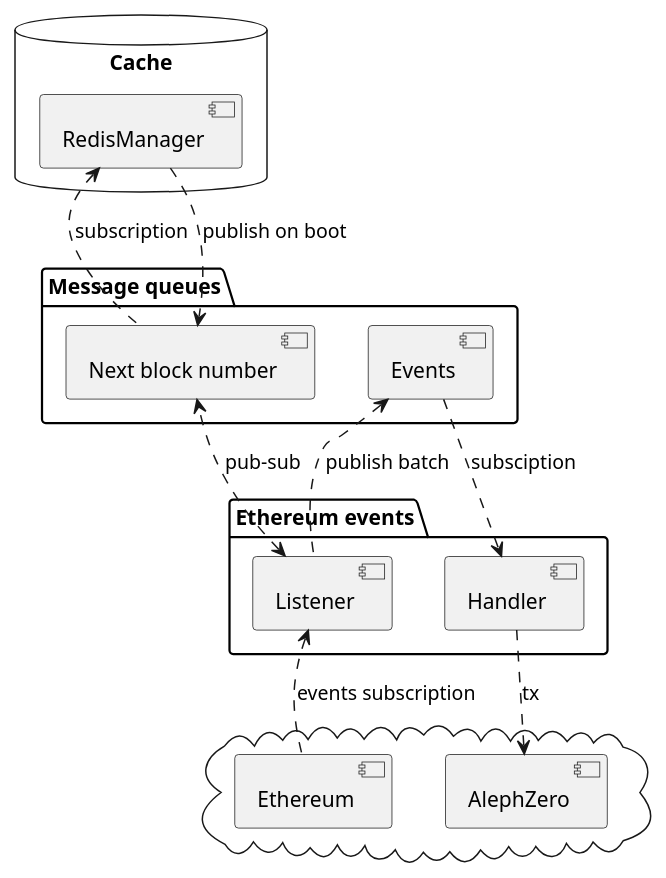
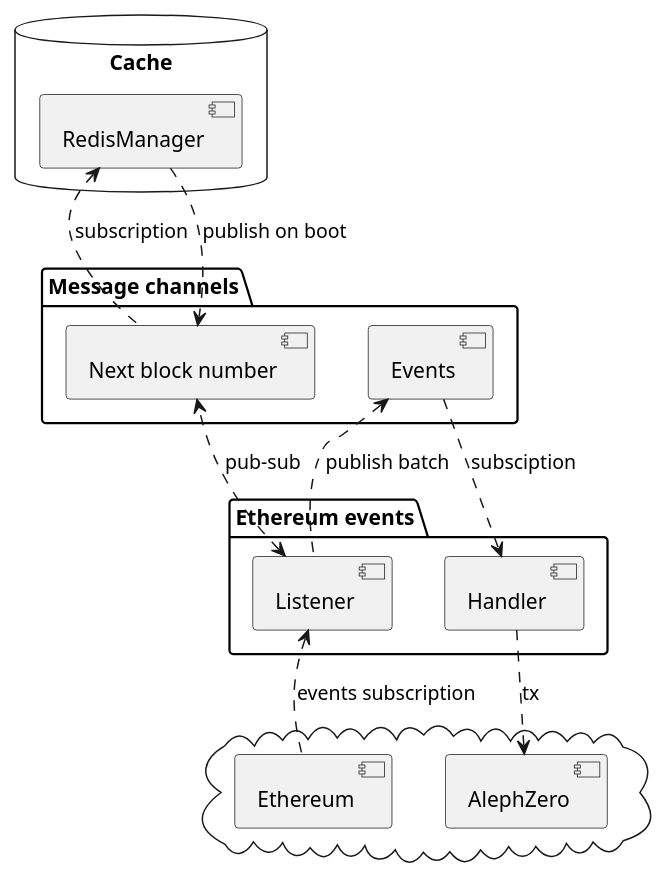
The second of 2 diagrams in docs/relayer_hldd.org (Cardinal-Cryptography/most), drawn with PlantUML before and after one commit. The commit also changed other lines of this file and 2 other files, not shown here.

```diff
--- a/docs/relayer_hldd.org
+++ b/docs/relayer_hldd.org
@@ -73,28 +72,28 @@
 #+BEGIN_SRC plantuml :file eth_azero_components.png
 database "Cache" {
   [RedisManager] as redis
 }
 
 package "Ethereum events" {
   [Listener] as eth_listener
   [Handler] as eth_handler
 }
 
-package "Message queues" {
+package "Message channels" {
   [Next block number] as eth_block_number
   [Events] as eth_events
 }
 
 cloud {
   [AlephZero] as a0
   [Ethereum] as eth
 }
 
 eth_listener <.. eth: events subscription
 eth_listener .up.> eth_events : publish batch
 eth_listener <..> eth_block_number: pub-sub
 eth_handler <.up. eth_events : subsciption
 eth_handler ..> a0 : tx
 redis <.. eth_block_number: subscription
 redis ..> eth_block_number: publish on boot
 #+END_SRC
```
